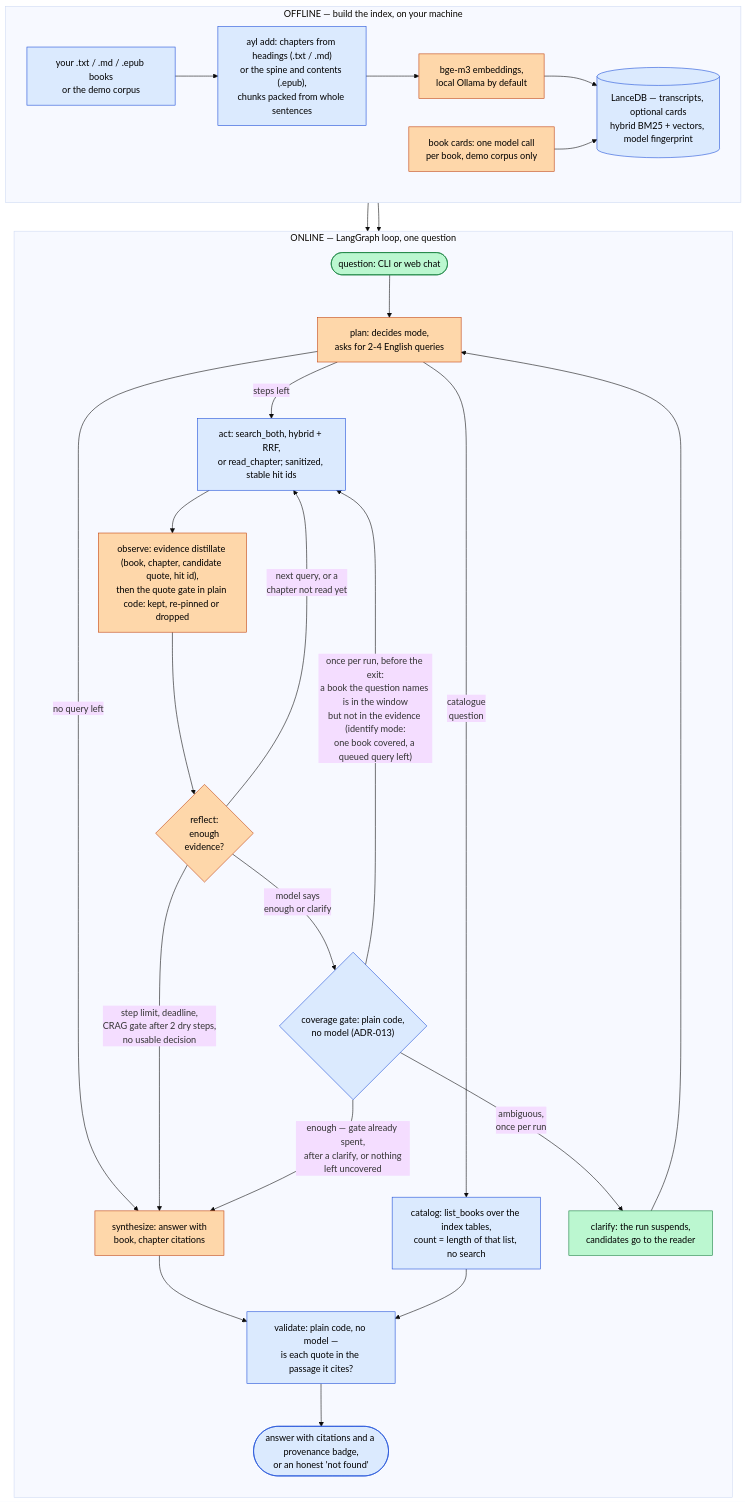
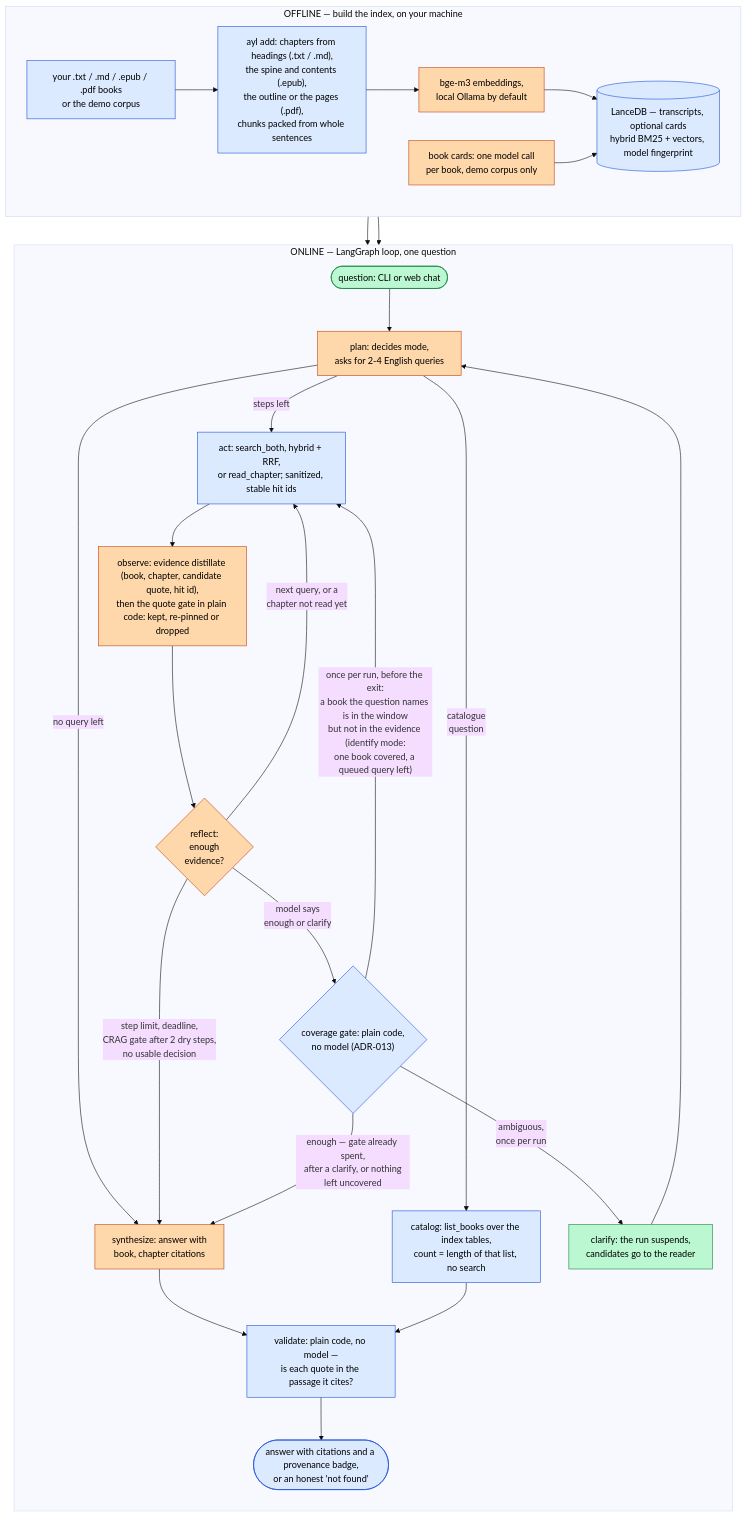
The first of 2 diagrams in docs/architecture.md (ievgen-borysenko/ask-your-library), drawn with Mermaid (base theme) before and after one commit. The commit also changed 7 other files, not shown here.

First line of the commit message:
Docs for .pdf in ayl add: the key, what a section is, every refusal with its limit, ADR-030

````diff
--- a/docs/architecture.md
+++ b/docs/architecture.md
@@ -11,36 +11,36 @@
 ```mermaid
 flowchart TB
     subgraph offline["OFFLINE — build the index, on your machine"]
         direction LR
-        BK["your .txt / .md / .epub books<br/>or the demo corpus"]:::code
+        BK["your .txt / .md / .epub / .pdf books<br/>or the demo corpus"]:::code
         CRD["book cards: one model call<br/>per book, demo corpus only"]:::ai
-        BK --> CHK["ayl add: chapters from headings (.txt / .md)<br/>or the spine and contents (.epub),<br/>chunks packed from whole sentences"]:::code
+        BK --> CHK["ayl add: chapters from headings (.txt / .md),<br/>the spine and contents (.epub),<br/>the outline or the pages (.pdf),<br/>chunks packed from whole sentences"]:::code
         CHK --> EMB["bge-m3 embeddings,<br/>local Ollama by default"]:::ai
         EMB --> DB[("LanceDB — transcripts, optional cards<br/>hybrid BM25 + vectors, model fingerprint")]:::code
         CRD --> DB
     end
     subgraph online["ONLINE — LangGraph loop, one question"]
         direction TB
         Q(["question: CLI or web chat"]):::human --> PLAN["plan: decides mode,<br/>asks for 2-4 English queries"]:::ai
         PLAN -->|"catalogue<br/>question"| CAT["catalog: list_books over the index tables,<br/>count = length of that list, no search"]:::code
         PLAN -->|"steps left"| ACT["act: search_both, hybrid + RRF,<br/>or read_chapter; sanitized, stable hit ids"]:::code
         PLAN -->|"no query left"| SYN
         ACT --> OBS["observe: evidence distillate (book, chapter, candidate quote, hit id),<br/>then the quote gate in plain code: kept, re-pinned or dropped"]:::ai
         OBS --> REF{"reflect:<br/>enough<br/>evidence?"}:::ai
         REF -->|"next query, or a<br/>chapter not read yet"| ACT
         REF -->|"step limit, deadline,<br/>CRAG gate after 2 dry steps,<br/>no usable decision"| SYN["synthesize: answer with<br/>book, chapter citations"]:::ai
         REF -->|"model says<br/>enough or clarify"| COV{"coverage gate: plain code,<br/>no model (ADR-013)"}:::code
         COV -->|"once per run, before the exit:<br/>a book the question names is in the window<br/>but not in the evidence (identify mode:<br/>one book covered, a queued query left)"| ACT
         COV -->|"ambiguous,<br/>once per run"| CLR["clarify: the run suspends,<br/>candidates go to the reader"]:::human
         CLR --> PLAN
         COV -->|"enough — gate already spent,<br/>after a clarify, or nothing<br/>left uncovered"| SYN
         SYN --> VAL["validate: plain code, no model —<br/>is each quote in the passage it cites?"]:::code
         CAT --> VAL
         VAL --> OUT(["answer with citations and a provenance badge,<br/>or an honest 'not found'"]):::code
     end
     DB --> ACT
     DB --> CAT
     classDef code fill:#dbeafe,stroke:#1d4ed8,color:#000
     classDef ai fill:#fed7aa,stroke:#c2410c,color:#000
     classDef human fill:#bbf7d0,stroke:#15803d,color:#000
 ```
````
